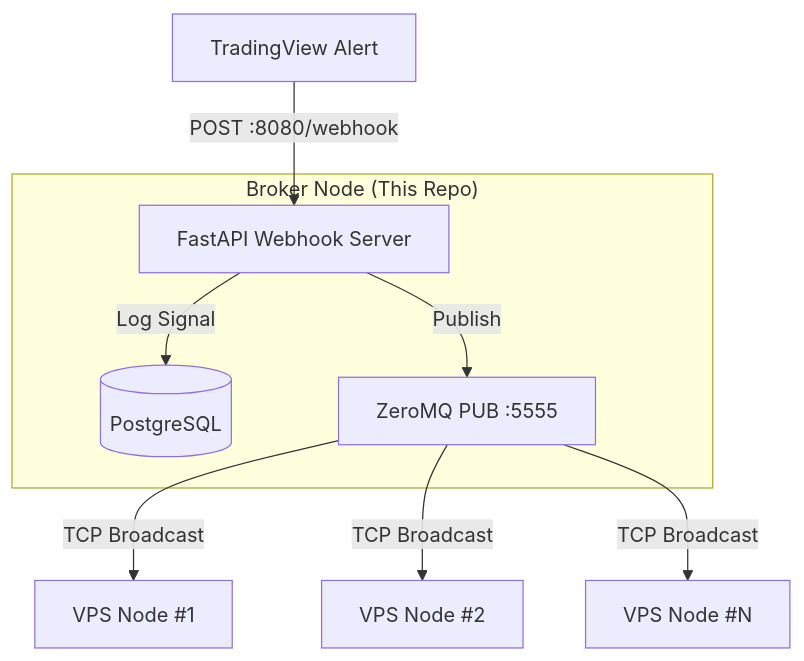
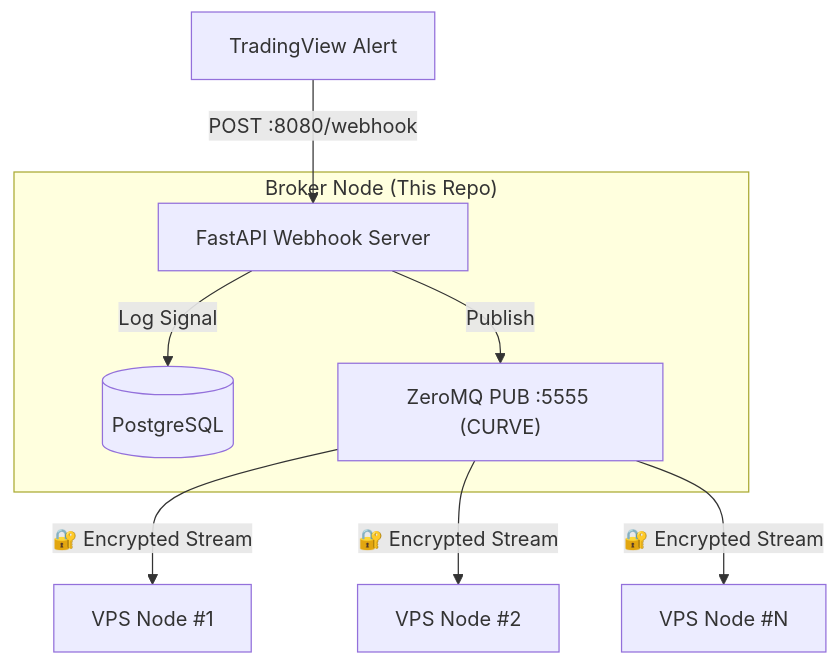
One commit to rockingrow/algo-trading-broker changed the diagram in README.md. Above: the diagram before and after it, drawn with Mermaid. The commit also changed other lines of this file and 11 other files, not shown here.

````diff
--- a/README.md
+++ b/README.md
@@ -16,14 +16,14 @@
 ```mermaid
 graph TD
     TV[TradingView Alert] -- "POST :8080/webhook" --> Broker
     subgraph "Broker Node (This Repo)"
         Broker[FastAPI Webhook Server]
         DB[(PostgreSQL)]
-        ZMQ[ZeroMQ PUB :5555]
+        ZMQ["ZeroMQ PUB :5555 (CURVE)"]
         Broker -- "Log Signal" --> DB
         Broker -- "Publish" --> ZMQ
     end
-    ZMQ -- "TCP Broadcast" --> VPS1[VPS Node #1]
-    ZMQ -- "TCP Broadcast" --> VPS2[VPS Node #2]
-    ZMQ -- "TCP Broadcast" --> VPSN[VPS Node #N]
+    ZMQ -- "🔐 Encrypted Stream" --> VPS1[VPS Node #1]
+    ZMQ -- "🔐 Encrypted Stream" --> VPS2[VPS Node #2]
+    ZMQ -- "🔐 Encrypted Stream" --> VPSN[VPS Node #N]
 ```
````
